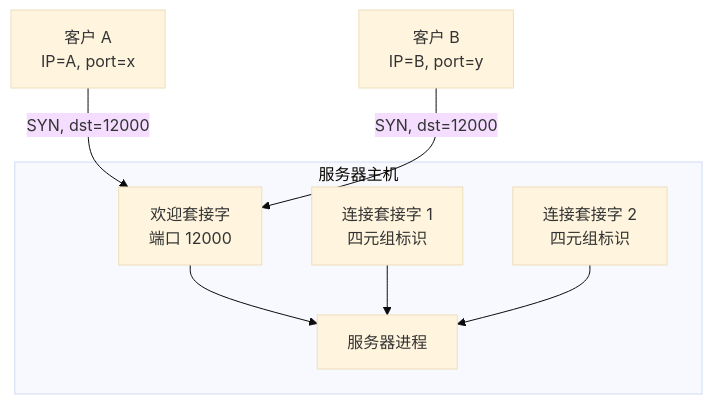
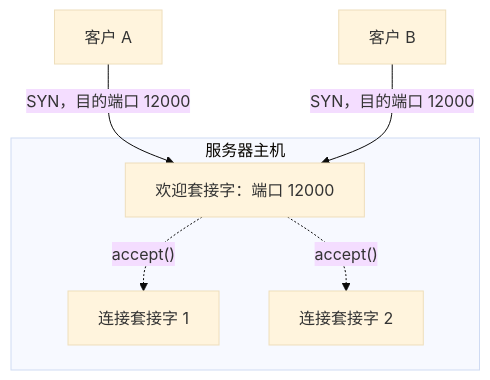
Before and after one commit to Meer-Matze/Meer-Matze.github.io: the fifth of 28 diagrams in src/content/posts/运输层.md, drawn with Mermaid (base theme). The commit also changed other lines of this file and 1 other file, not shown here.

````diff
--- a/src/content/posts/运输层.md
+++ b/src/content/posts/运输层.md
@@ -250,15 +202,12 @@
 ```mermaid
 flowchart TB
     subgraph ServerHost["服务器主机"]
-        W["欢迎套接字<br/>端口 12000"]
-        C1["连接套接字 1<br/>四元组标识"]
-        C2["连接套接字 2<br/>四元组标识"]
-        P["服务器进程"]
-        W --> P
-        C1 --> P
-        C2 --> P
+        W["欢迎套接字：端口 12000"]
+        C1["连接套接字 1"]
+        C2["连接套接字 2"]
     end
-
-    ClientA["客户 A<br/>IP=A, port=x"] -->|"SYN, dst=12000"| W
-    ClientB["客户 B<br/>IP=B, port=y"] -->|"SYN, dst=12000"| W
+    ClientA["客户 A"] -->|"SYN，目的端口 12000"| W
+    ClientB["客户 B"] -->|"SYN，目的端口 12000"| W
+    W -.->|"accept()"| C1
+    W -.->|"accept()"| C2
 ```
````
